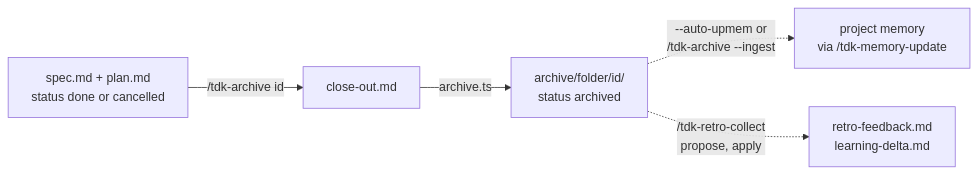
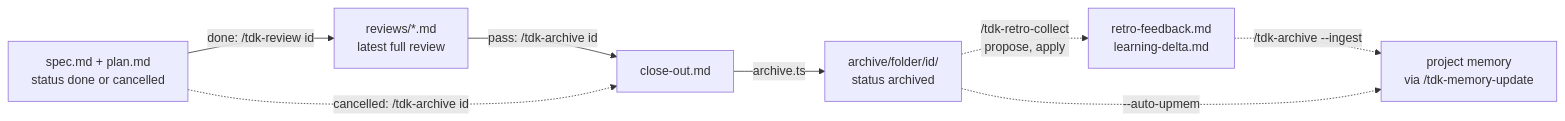
The fifth of 9 diagrams in .specify/docs/vi/guides/workflow-map.md (vinhltt/tdk), drawn with Mermaid before and after one commit. The commit also changed other lines of this file and 21 other files, not shown here.

````diff
--- a/.specify/docs/vi/guides/workflow-map.md
+++ b/.specify/docs/vi/guides/workflow-map.md
@@ -238,13 +238,17 @@
 ```mermaid
 flowchart LR
     DONE[spec.md + plan.md<br/>status done or cancelled]
     CLOSE[close-out.md]
     ARCH["archive/folder/id/<br/>status archived"]
     MEM[project memory<br/>via /tdk-memory-update]
     RETRO[retro-feedback.md<br/>learning-delta.md]
+    REVIEW[reviews/*.md<br/>latest full review]
 
-    DONE -->|"/tdk-archive id"| CLOSE
+    DONE -->|"done: /tdk-review id"| REVIEW
+    REVIEW -->|"pass: /tdk-archive id"| CLOSE
+    DONE -.->|"cancelled: /tdk-archive id"| CLOSE
     CLOSE -->|archive.ts| ARCH
-    ARCH -.->|"--auto-upmem or<br/>/tdk-archive --ingest"| MEM
     ARCH -.->|"/tdk-retro-collect<br/>propose, apply"| RETRO
+    RETRO -.->|"/tdk-archive --ingest"| MEM
+    ARCH -.->|"--auto-upmem"| MEM
 ```
````
